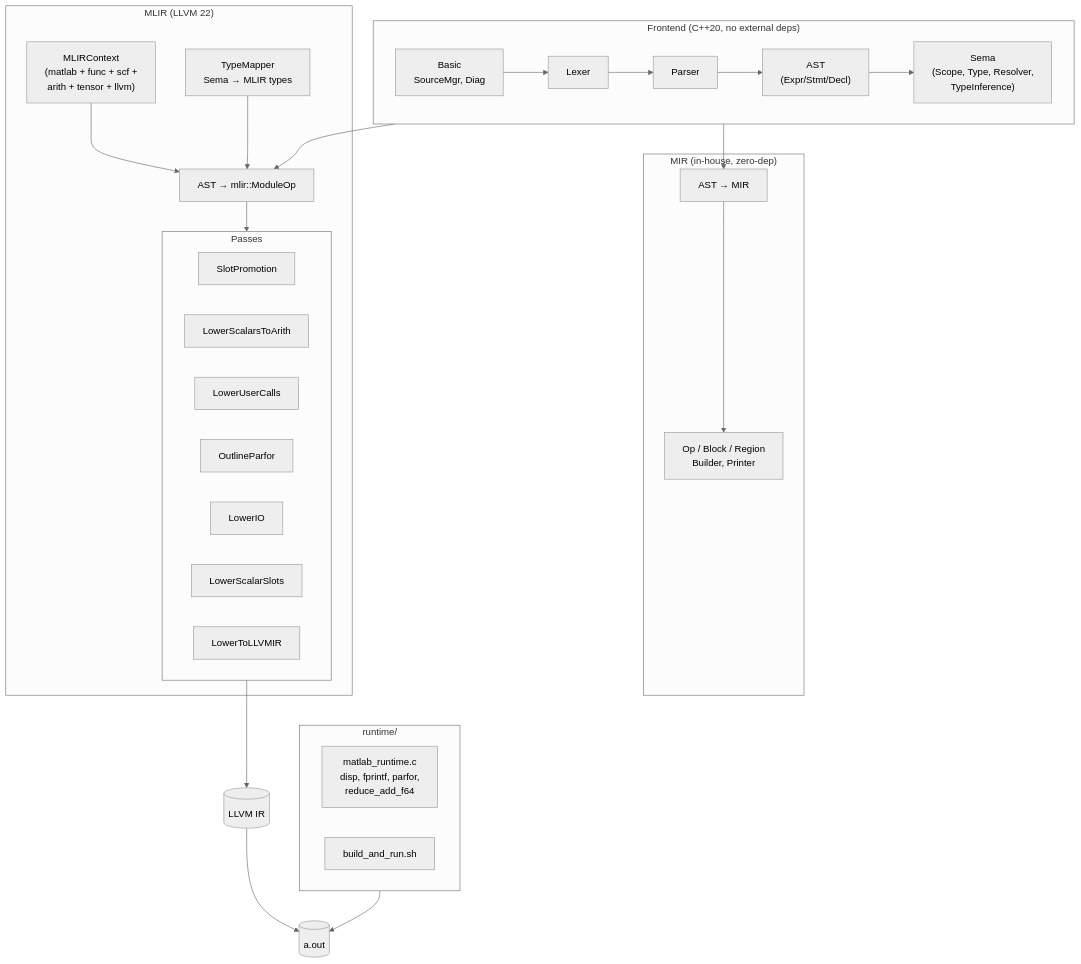
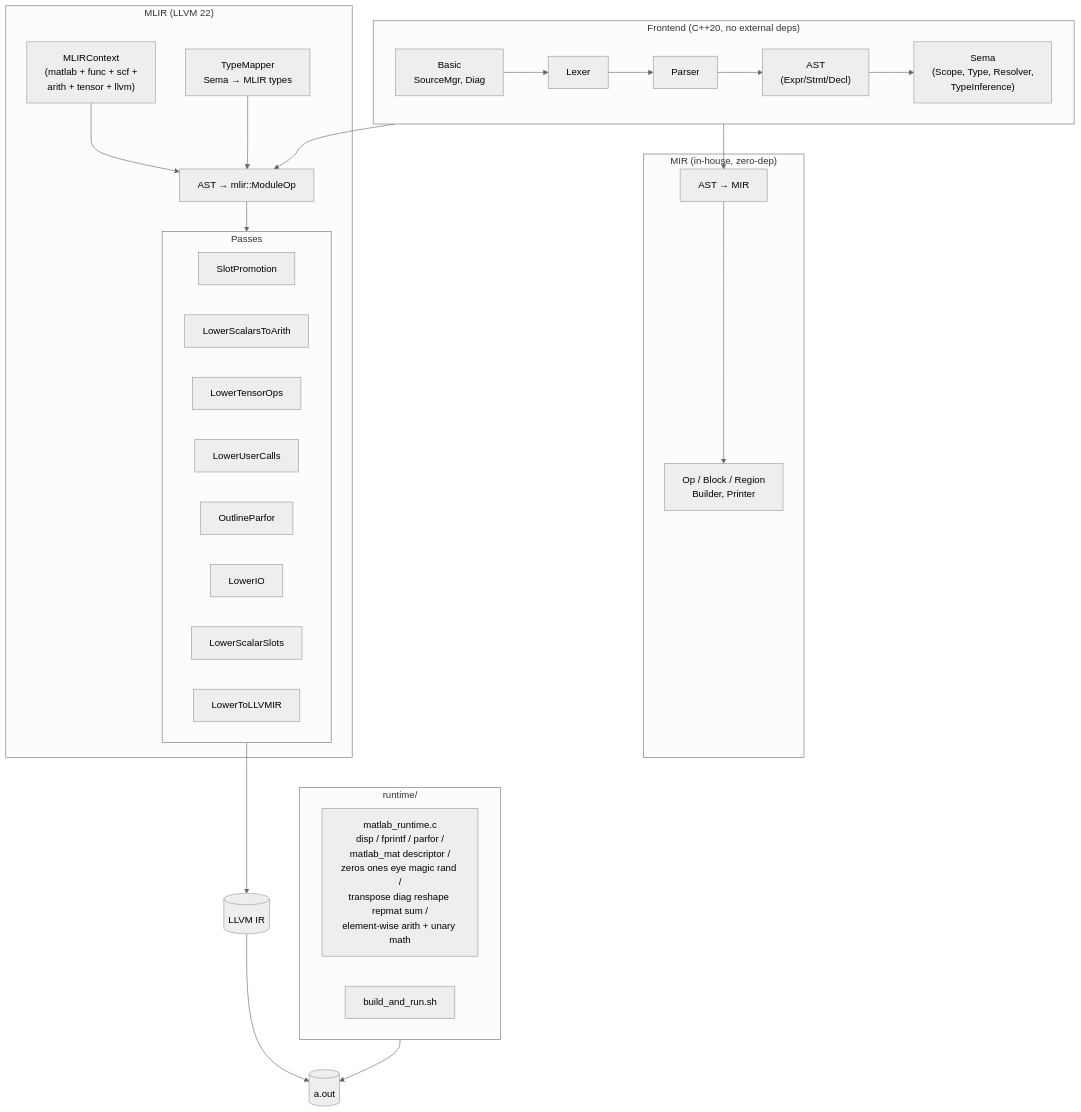
The second of 4 diagrams in README.md (leonardoaraujosantos/matlab_llvm), drawn with Mermaid (neutral theme) before and after one commit. The commit also changed other lines of this file and 37 other files, not shown here.

````diff
--- a/README.md
+++ b/README.md
@@ -102,46 +112,47 @@
 ```mermaid
 flowchart TD
   subgraph Frontend["Frontend (C++20, no external deps)"]
     direction LR
     Basic["Basic<br/>SourceMgr, Diag"]
     Lex[Lexer]
     Parse[Parser]
     AST["AST<br/>(Expr/Stmt/Decl)"]
     Sema["Sema<br/>(Scope, Type, Resolver,<br/>TypeInference)"]
     Basic --> Lex --> Parse --> AST --> Sema
   end
 
   subgraph MIRB["MIR (in-house, zero-dep)"]
     MIR["Op / Block / Region<br/>Builder, Printer"]
     Lowering1["AST → MIR"]
   end
 
   subgraph MLIRB["MLIR (LLVM 22)"]
     Context["MLIRContext<br/>(matlab + func + scf +<br/>arith + tensor + llvm)"]
     TypeMap["TypeMapper<br/>Sema → MLIR types"]
     Lowering2["AST → mlir::ModuleOp"]
     subgraph Passes["Passes"]
       SP[SlotPromotion]
       LSA[LowerScalarsToArith]
+      LTO[LowerTensorOps]
       LUC[LowerUserCalls]
       LPF[OutlineParfor]
       LIO[LowerIO]
       LSS[LowerScalarSlots]
       LTL[LowerToLLVMIR]
     end
     Context --> Lowering2 --> Passes
   end
 
   subgraph RT["runtime/"]
     direction LR
-    Shim["matlab_runtime.c<br/>disp, fprintf, parfor,<br/>reduce_add_f64"]
+    Shim["matlab_runtime.c<br/>disp / fprintf / parfor /<br/>matlab_mat descriptor /<br/>zeros ones eye magic rand /<br/>transpose diag reshape repmat sum /<br/>element-wise arith + unary math"]
     Build["build_and_run.sh"]
   end
 
   Sema --> Lowering1 --> MIR
   Sema --> Lowering2
   TypeMap --> Lowering2
   Passes --> LLVMIR[("LLVM IR")]
   Shim --> Exe
   LLVMIR --> Exe[("a.out")]
 ```
````
